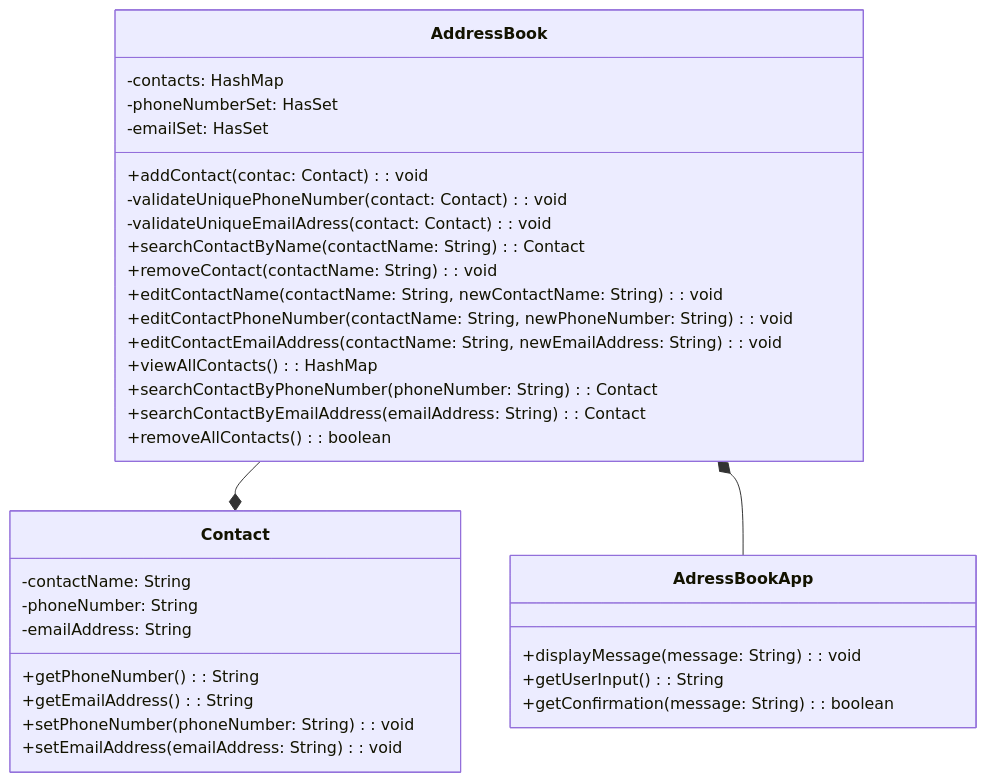
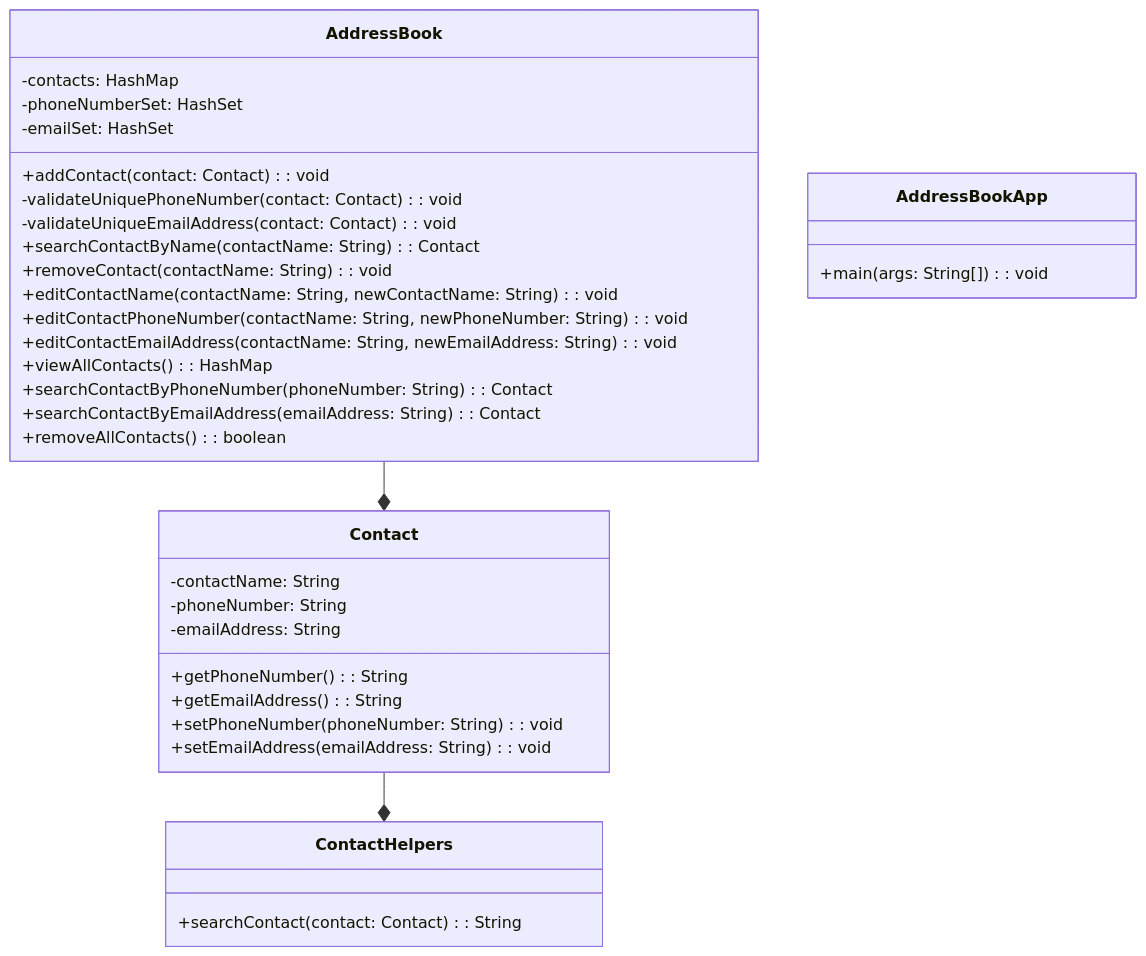
The diagram in docs/domain-models-test-plan.md (Cristina-Pat/address-book), drawn with Mermaid before and after one commit. The commit also changed other lines of this file and 1 other file, not shown here.

Commit message:
Changed class diagram and added acceptance test

````diff
--- a/docs/domain-models-test-plan.md
+++ b/docs/domain-models-test-plan.md
@@ -99,43 +117,46 @@
 ``` mermaid
+
 classDiagram
   class AddressBook {
     %% these are the core features
     -contacts: HashMap<String, Contact> 
-    -phoneNumberSet: HasSet<String>
-    -emailSet: HasSet<String>
-    +addContact(contac: Contact): void
+    -phoneNumberSet: HashSet<String>
+    -emailSet: HashSet<String>
+    +addContact(contact: Contact): void
     -validateUniquePhoneNumber(contact: Contact): void
-    -validateUniqueEmailAdress(contact: Contact): void
+    -validateUniqueEmailAddress(contact: Contact): void
     +searchContactByName(contactName: String): Contact
     +removeContact(contactName: String): void
     +editContactName(contactName: String, newContactName: String): void
     +editContactPhoneNumber(contactName: String, newPhoneNumber: String): void
     +editContactEmailAddress(contactName: String, newEmailAddress: String): void
     +viewAllContacts(): HashMap<String, Contact>
-    %% these are the aditional features
+    %% these are the additional features
     +searchContactByPhoneNumber(phoneNumber: String): Contact
     +searchContactByEmailAddress(emailAddress: String): Contact
     +removeAllContacts(): boolean
   }
 
   class Contact {
     -contactName: String
     -phoneNumber: String
     -emailAddress: String
     +getPhoneNumber(): String
     +getEmailAddress(): String
     +setPhoneNumber(phoneNumber: String): void
     +setEmailAddress(emailAddress: String): void
   }
+  
+ class ContactHelpers {
+   +searchContact(contact: Contact): String
+ }
+ 
+  class AddressBookApp {
+    +main(args: String[]): void
+    }
 
-
-  class AdressBookApp {
-    +displayMessage(message: String): void
-    +getUserInput(): String
-    %% This is a part of the aditional features
-    +getConfirmation(message: String): boolean
-  }
-
-  AddressBook --* Contact
-  AddressBook *-- AdressBookApp
+ 
+ AddressBook --* Contact
+ Contact --* ContactHelpers
+ 
 ```
````
